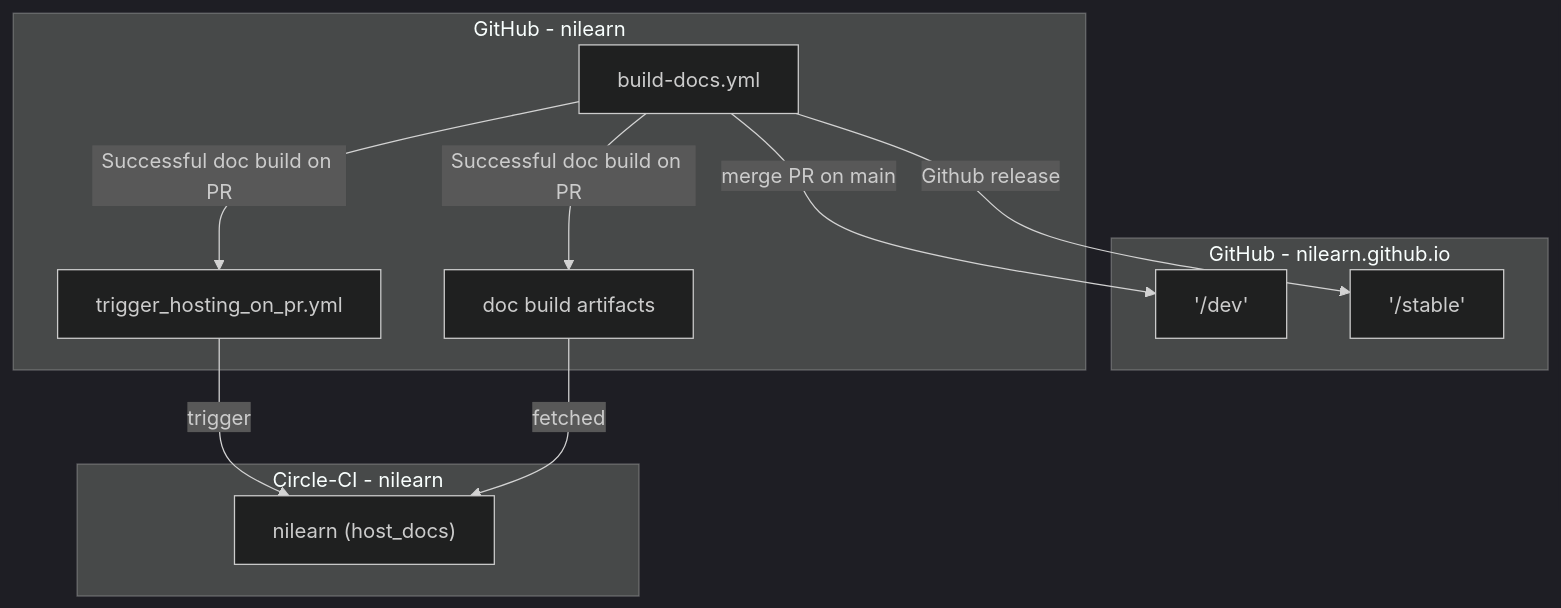
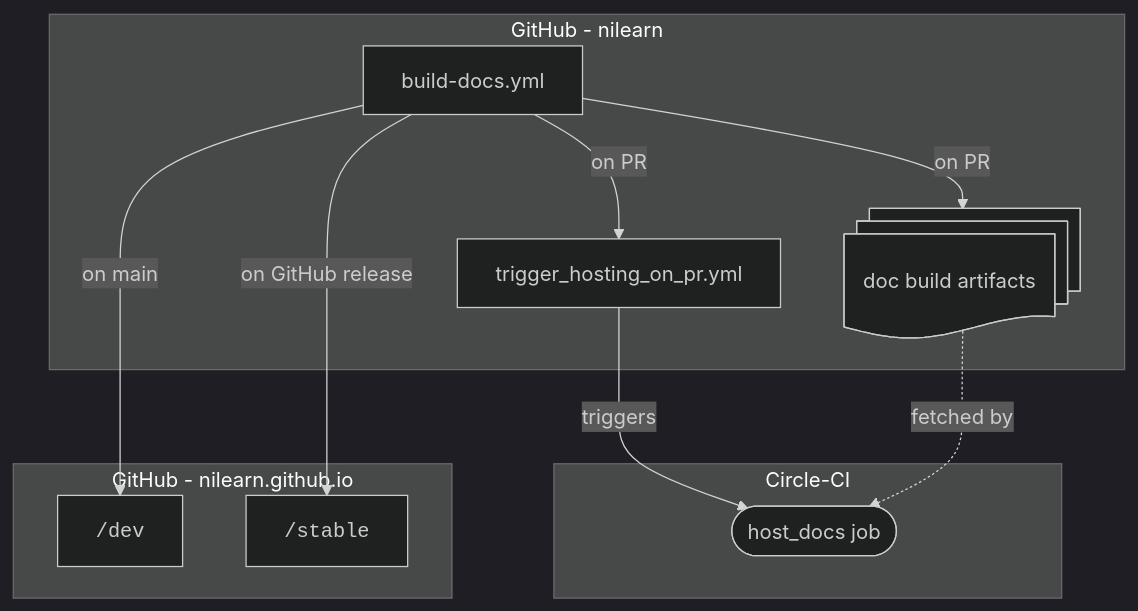
The diagram in doc/mermaid/doc_deploy.mmd (nilearn/nilearn), drawn with Mermaid (dark theme) before and after one commit. The commit also changed 4 other files, not shown here.

```diff
--- a/doc/mermaid/doc_deploy.mmd
+++ b/doc/mermaid/doc_deploy.mmd
@@ -1,21 +1,21 @@
 flowchart TD
-    subgraph Circle-CI - nilearn
-    nilearn_CCI["nilearn (host_docs)"]
-    end
+subgraph Circle-CI
+nilearn_CCI(["host_docs job"])
+end
 
-    subgraph GitHub - nilearn.github.io
-    nilearn_doc_dev['/dev']
-    nilearn_doc_stable['/stable']
-    end
+subgraph GitHub - nilearn.github.io
+nilearn_doc_dev["<code>/dev"]
+nilearn_doc_stable["<code>/stable"]
+end
 
-    subgraph GitHub - nilearn
-    DocumentationBuilder["build-docs.yml"]
-    trigger_hosting["trigger_hosting_on_pr.yml"]
-    artifacts["doc build artifacts"]
-    end
+subgraph GitHub - nilearn
+DocumentationBuilder["build-docs.yml"]
+trigger_hosting["trigger_hosting_on_pr.yml"]
+artifacts@{ shape: docs, label: "doc build artifacts" }
+end
 
-    DocumentationBuilder -- merge PR on main --> nilearn_doc_dev
-    DocumentationBuilder -- Github release --> nilearn_doc_stable
-    DocumentationBuilder -- Successful doc build on PR --> trigger_hosting & artifacts
-    trigger_hosting -- trigger --> nilearn_CCI
-    artifacts -- fetched --> nilearn_CCI
+DocumentationBuilder -- on main --> nilearn_doc_dev
+DocumentationBuilder -- on GitHub release ---> nilearn_doc_stable
+DocumentationBuilder -- on PR --> trigger_hosting & artifacts
+trigger_hosting -- triggers --> nilearn_CCI
+artifacts -. fetched by .-> nilearn_CCI
```
